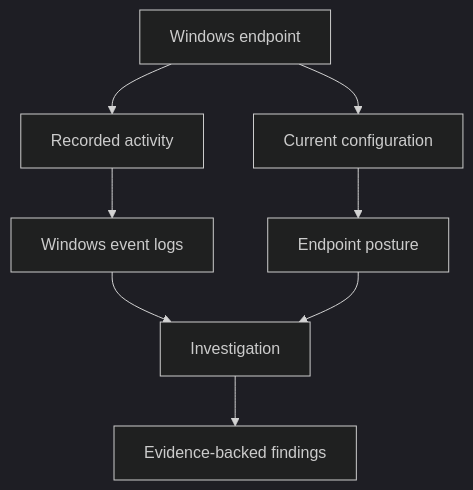
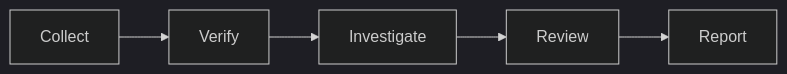
Before and after one commit to Rayan-and-beyond/Verifact: the first of 2 diagrams in README.md, drawn with Mermaid (dark theme). The commit also changed other lines of this file, not shown here.

````diff
--- a/README.md
+++ b/README.md
@@ -47,15 +33,7 @@
 ```mermaid
-flowchart TB
-    A[Windows endpoint]
-
-    A --> B[Recorded activity]
-    A --> C[Current configuration]
-
-    B --> D[Windows event logs]
-    C --> E[Endpoint posture]
-
-    D --> F[Investigation]
-    E --> F
-
-    F --> G[Evidence-backed findings]
+flowchart LR
+    A[Collect] --> B[Verify]
+    B --> C[Investigate]
+    C --> D[Review]
+    D --> E[Report]
 ```
````
